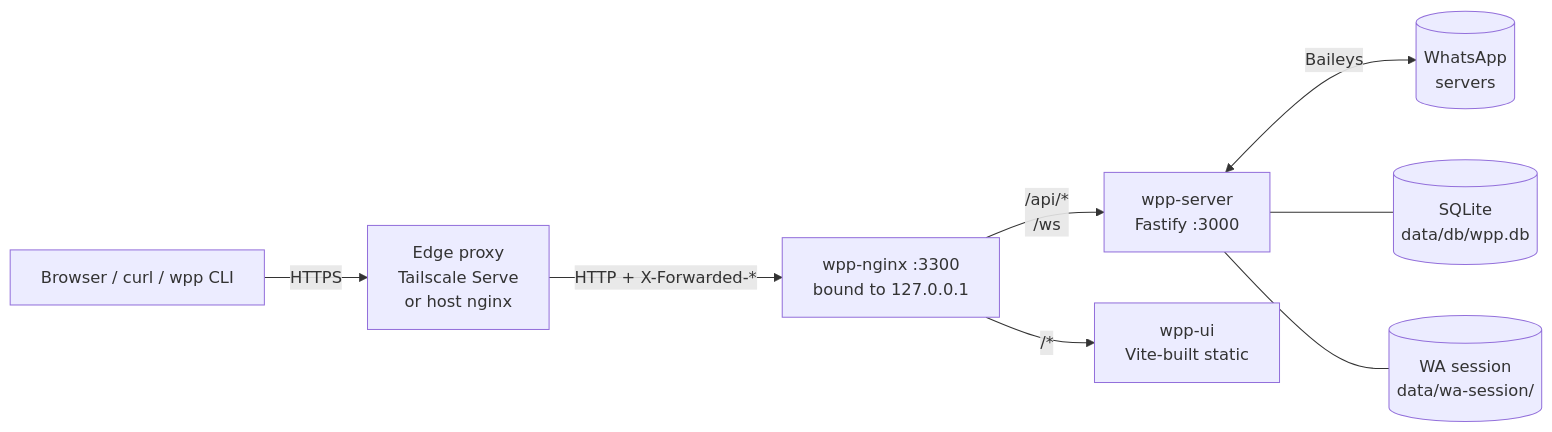
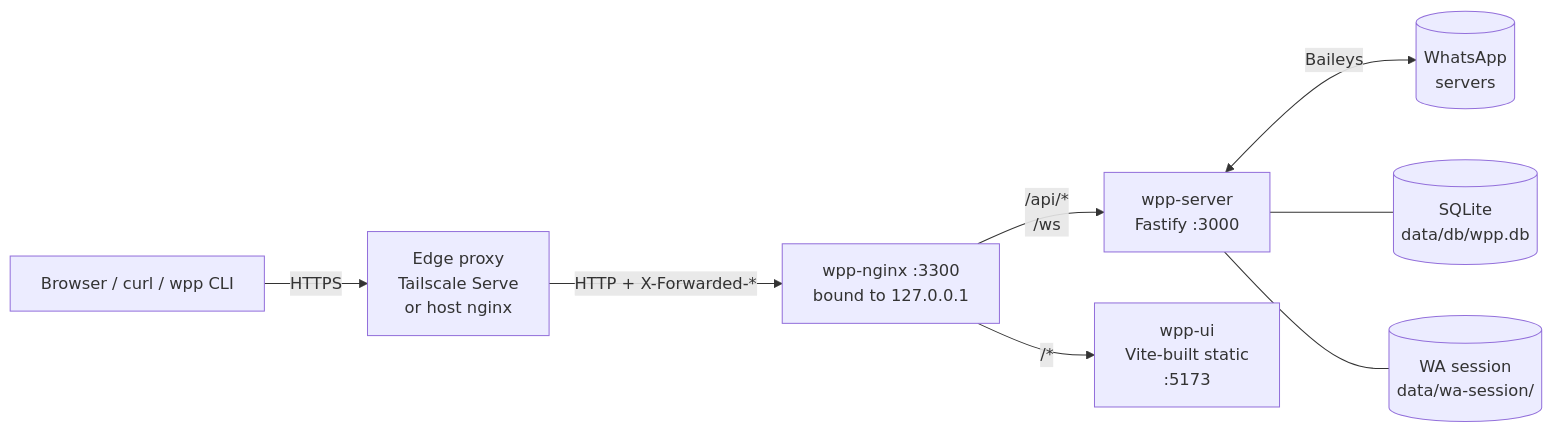
One commit to mahsanamin/whatsapp-personal-proxy changed the diagram in README.md. Above: the diagram before and after it, drawn with Mermaid. The commit also changed other lines of this file and 53 other files, not shown here.

````diff
--- a/README.md
+++ b/README.md
@@ -40,10 +40,10 @@
 ```mermaid
 flowchart LR
     Browser[Browser / curl / wpp CLI] -->|HTTPS| Edge[Edge proxy<br/>Tailscale Serve<br/>or host nginx]
     Edge -->|HTTP + X-Forwarded-*| ContainerNginx[wpp-nginx :3300<br/>bound to 127.0.0.1]
     ContainerNginx -->|/api/*<br/>/ws| Server[wpp-server<br/>Fastify :3000]
-    ContainerNginx -->|/*| UI[wpp-ui<br/>Vite-built static]
+    ContainerNginx -->|/*| UI[wpp-ui<br/>Vite-built static<br/>:5173]
     Server <-->|Baileys| WhatsApp[(WhatsApp<br/>servers)]
     Server --- DB[(SQLite<br/>data/db/wpp.db)]
     Server --- Session[(WA session<br/>data/wa-session/)]
 ```
````
